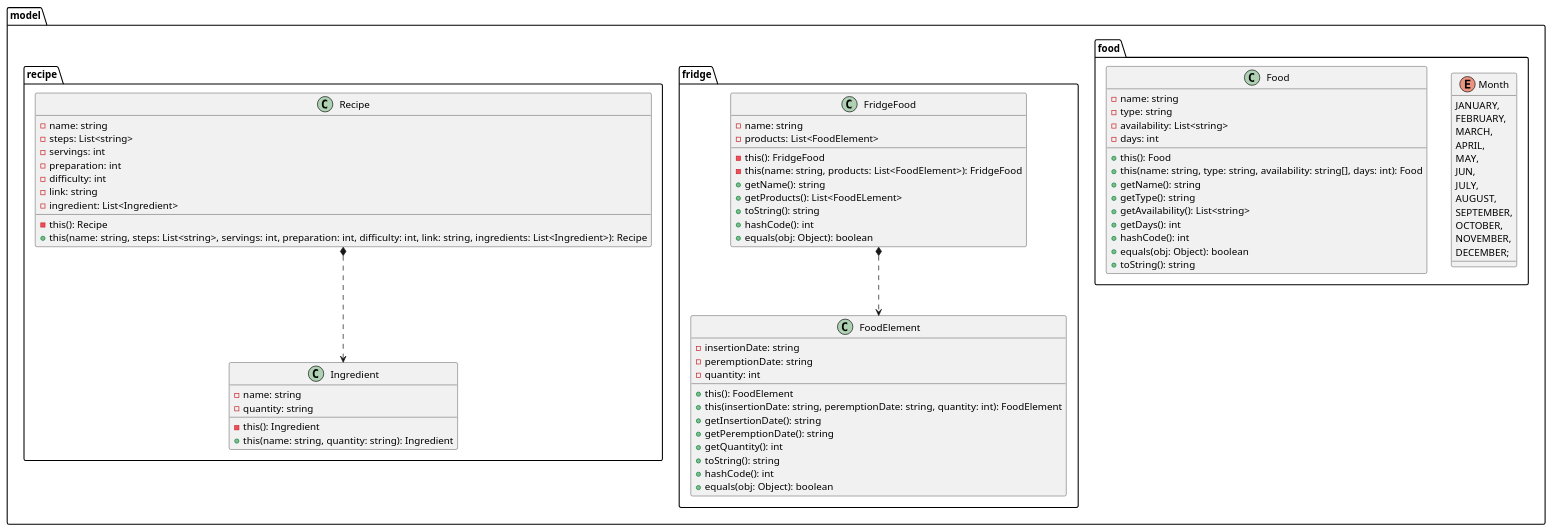
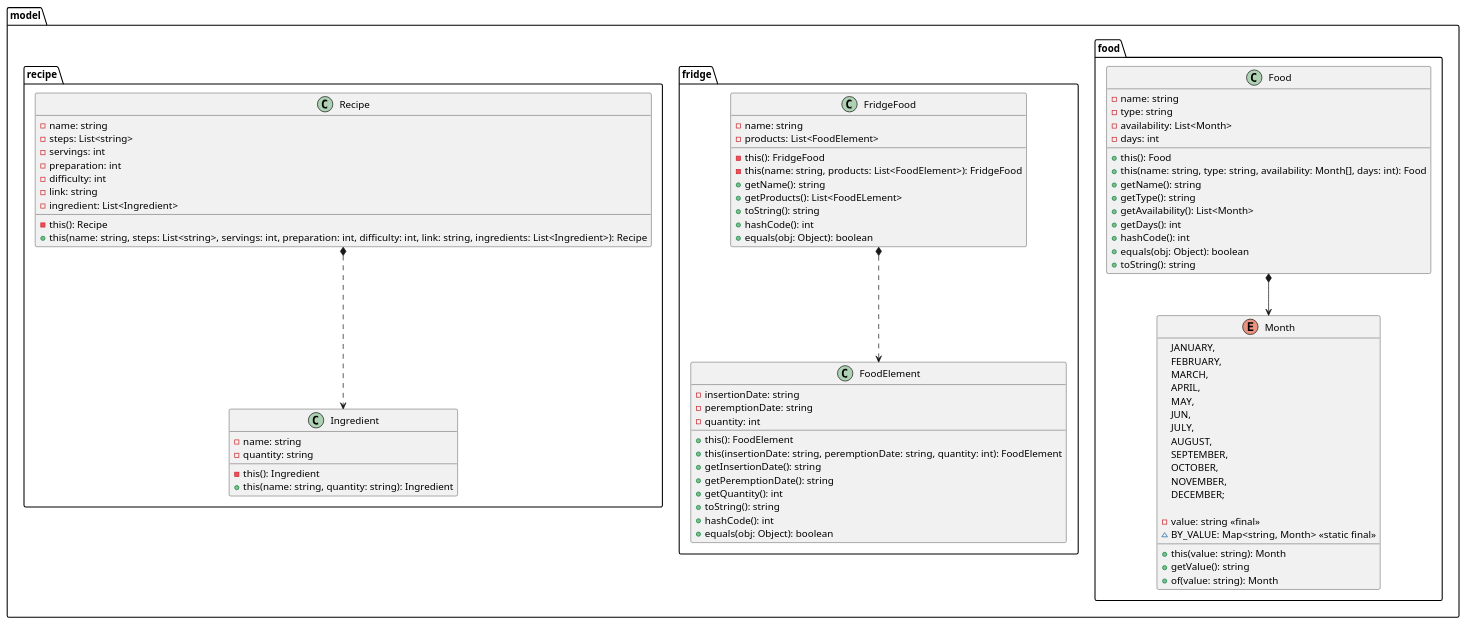
Before and after one commit to romainvacheret/wadge-backend: the diagram in docs/diagram/class/model.puml, drawn with PlantUML. The commit also changed 6 other files, not shown here.

Commit message:
refactor: change food's availability from string to enum

```diff
--- a/docs/diagram/class/model.puml
+++ b/docs/diagram/class/model.puml
@@ -1,90 +1,98 @@
 @startuml model
 package model {
     package food {
         enum Month {
             JANUARY,
             FEBRUARY,
             MARCH,
             APRIL,
             MAY,
             JUN,
             JULY,
             AUGUST,
             SEPTEMBER,
             OCTOBER,
             NOVEMBER,
             DECEMBER;
+
+            - value: string <<final>>
+            ~ BY_VALUE: Map<string, Month> <<static final>>
+            + this(value: string): Month
+            + getValue(): string
+            + of(value: string): Month
         }
     
         class Food {
             - name: string
             - type: string
-            - availability: List<string>
+            - availability: List<Month>
             - days: int
             + this(): Food
-            + this(name: string, type: string, availability: string[], days: int): Food
+            + this(name: string, type: string, availability: Month[], days: int): Food
             + getName(): string
             + getType(): string
-            + getAvailability(): List<string>
+            + getAvailability(): List<Month>
             + getDays(): int
             + hashCode(): int
             + equals(obj: Object): boolean
             + toString(): string
         }
     }
 
     package fridge {
         class FoodElement {
             - insertionDate: string
             - peremptionDate: string
             - quantity: int
             + this(): FoodElement
             + this(insertionDate: string, peremptionDate: string, quantity: int): FoodElement
             + getInsertionDate(): string
             + getPeremptionDate(): string
             + getQuantity(): int
             + toString(): string
             + hashCode(): int
             + equals(obj: Object): boolean
         }
 
         class FridgeFood {
             - name: string
             - products: List<FoodElement>
             - this(): FridgeFood
             - this(name: string, products: List<FoodElement>): FridgeFood
             + getName(): string
             + getProducts(): List<FoodELement>
             + toString(): string
             + hashCode(): int
             + equals(obj: Object): boolean
         }
     }
 
     package recipe {
         class Ingredient {
             - name: string
             - quantity: string
             - this(): Ingredient
             + this(name: string, quantity: string): Ingredient
         }
 
         class Recipe {
             - name: string 
             - steps: List<string> 
             - servings: int 
             - preparation: int 
             - difficulty: int 
             - link: string
             - ingredient: List<Ingredient>
             - this(): Recipe
             + this(name: string, steps: List<string>, servings: int, preparation: int, difficulty: int, link: string, ingredients: List<Ingredient>): Recipe
         }
     }
 
+    Food *--> Month
+
     FridgeFood *..> FoodElement
 
     Recipe *..> Ingredient
 }
     
 @enduml
```
